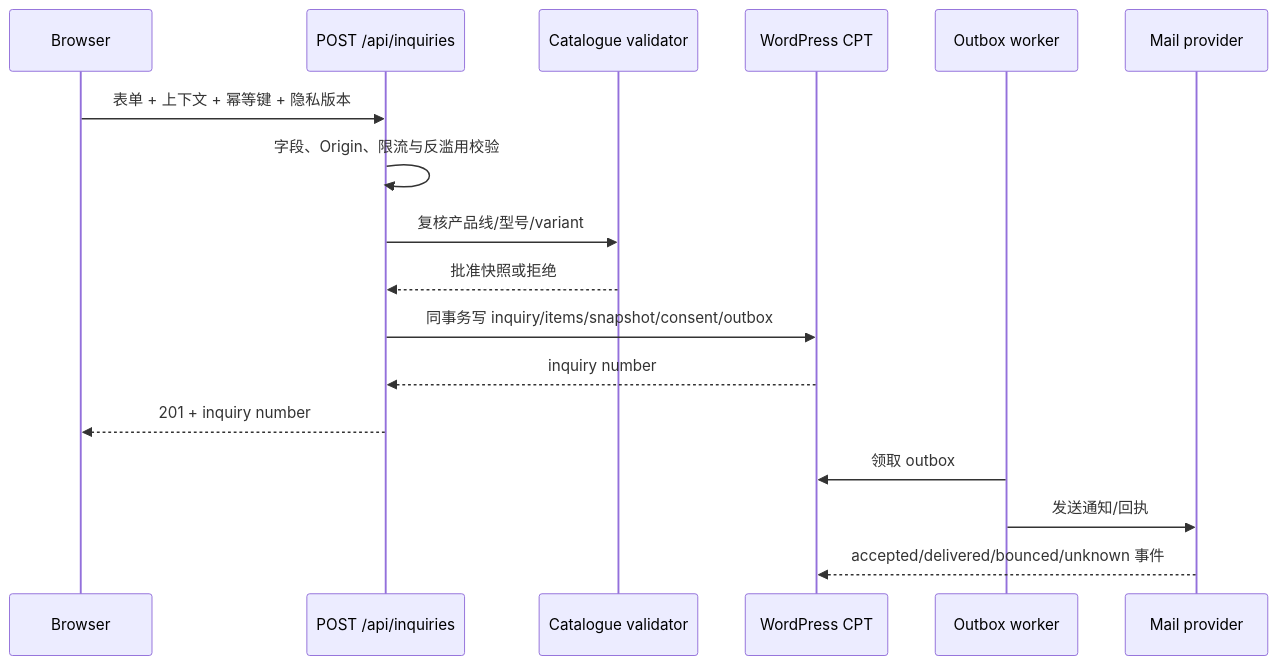
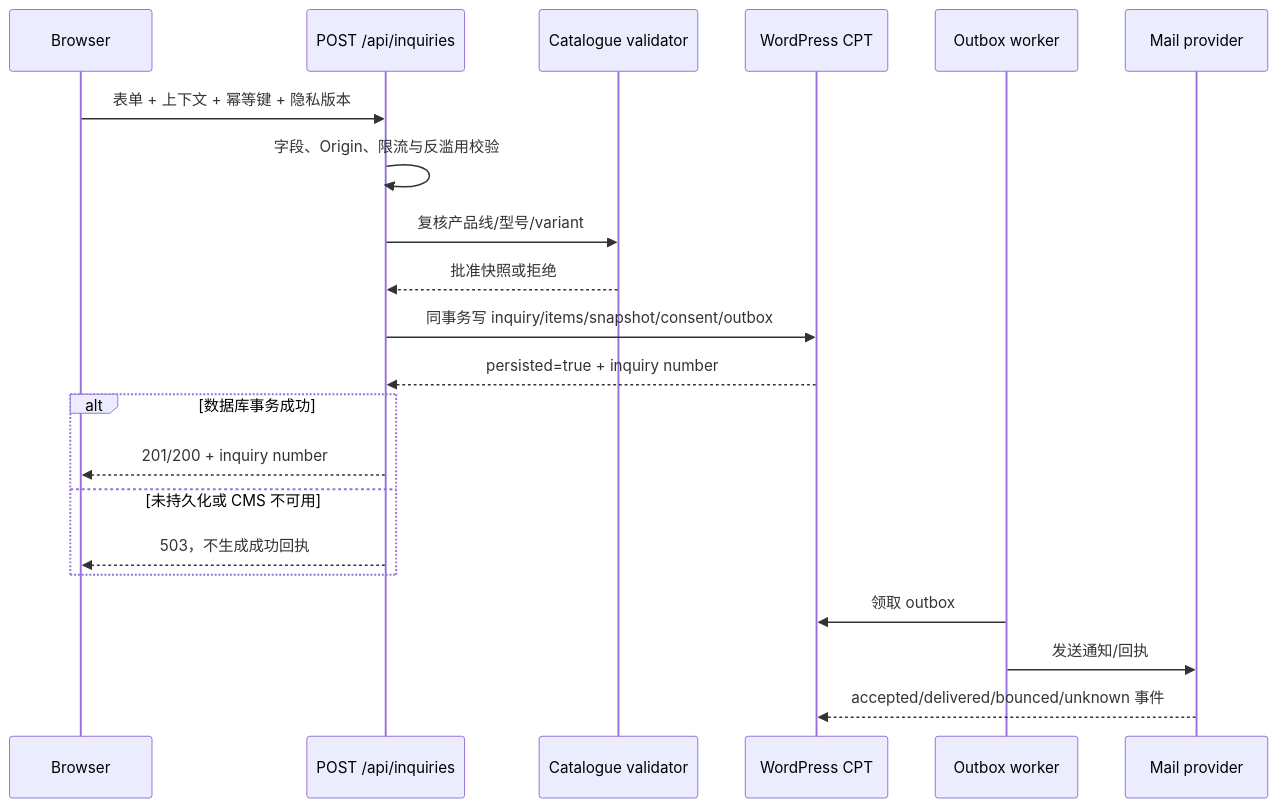
One commit to coyafky/WheelSiteOnline changed the second of 2 diagrams in ARCHITECTURE.md. Above: the diagram before and after it, drawn with Mermaid. The commit also changed other lines of this file and 686 other files, not shown here.

````diff
--- a/ARCHITECTURE.md
+++ b/ARCHITECTURE.md
@@ -244,20 +265,24 @@
 ```mermaid
 sequenceDiagram
   participant B as Browser
   participant A as POST /api/inquiries
   participant C as Catalogue validator
   participant D as WordPress CPT
   participant O as Outbox worker
   participant M as Mail provider
 
   B->>A: 表单 + 上下文 + 幂等键 + 隐私版本
   A->>A: 字段、Origin、限流与反滥用校验
   A->>C: 复核产品线/型号/variant
   C-->>A: 批准快照或拒绝
   A->>D: 同事务写 inquiry/items/snapshot/consent/outbox
-  D-->>A: inquiry number
-  A-->>B: 201 + inquiry number
+  D-->>A: persisted=true + inquiry number
+  alt 数据库事务成功
+    A-->>B: 201/200 + inquiry number
+  else 未持久化或 CMS 不可用
+    A-->>B: 503，不生成成功回执
+  end
   O->>D: 领取 outbox
   O->>M: 发送通知/回执
   M-->>D: accepted/delivered/bounced/unknown 事件
 ```
````
